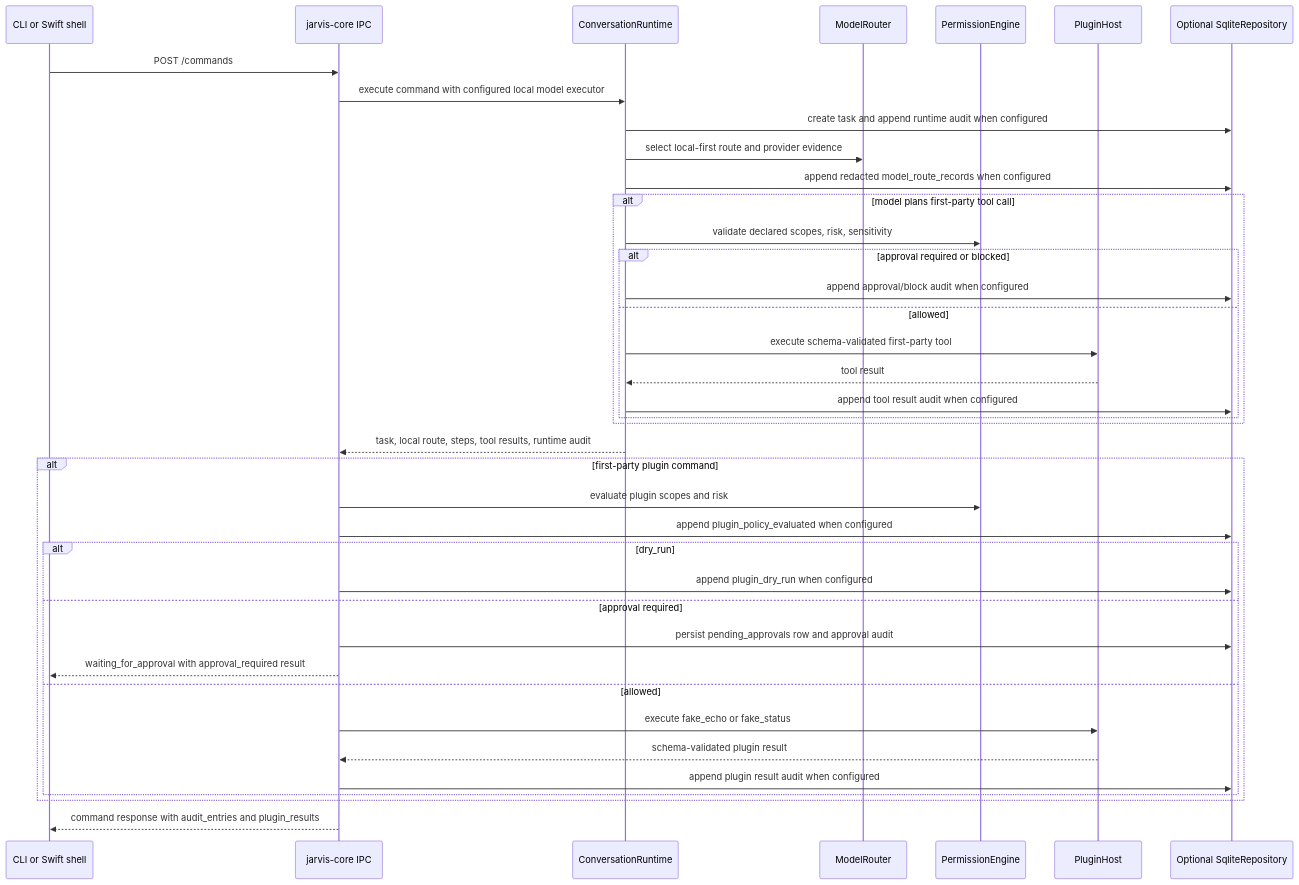
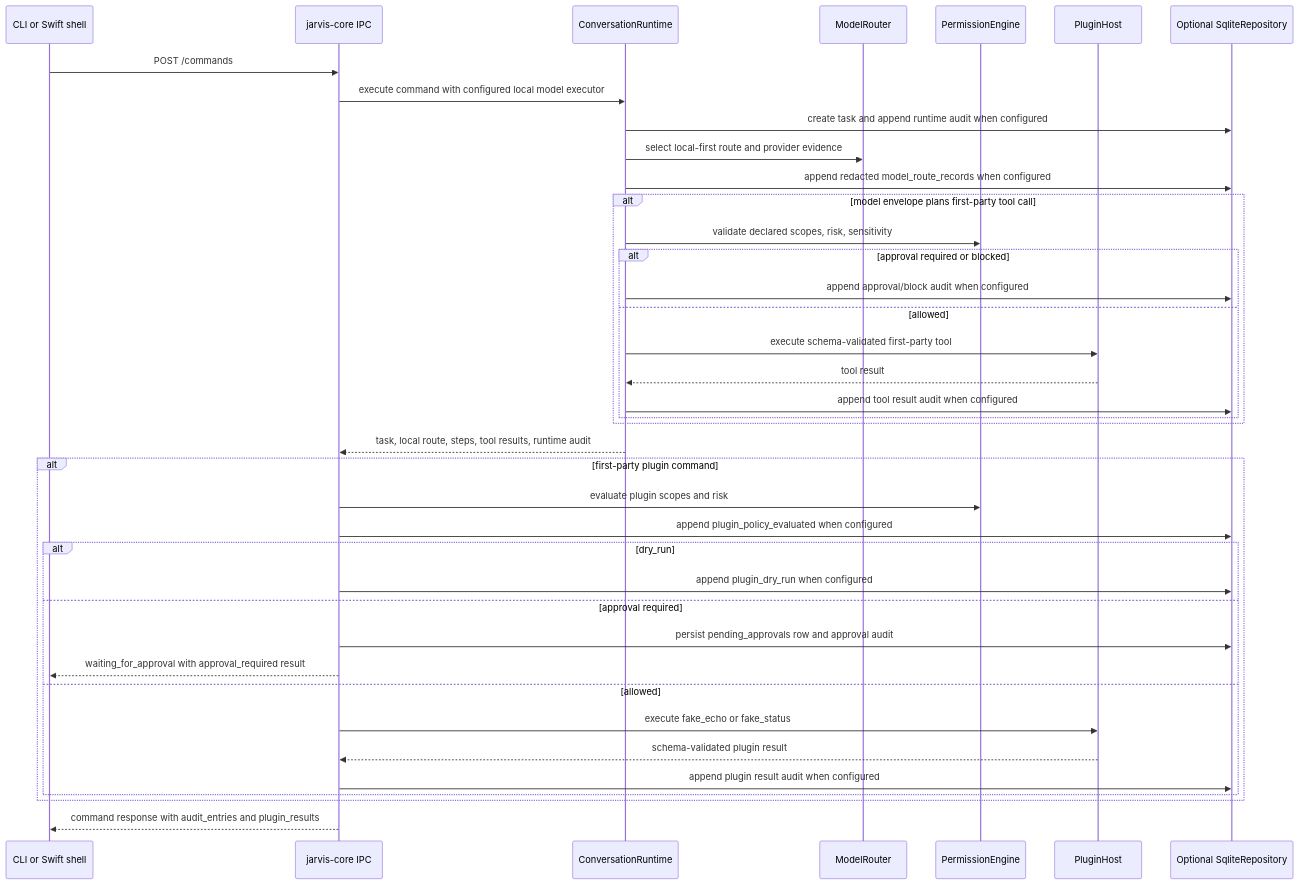
The second of 4 diagrams in docs/architecture-map.md (malak333/Assemblywright), drawn with Mermaid before and after one commit. The commit also changed other lines of this file and 7 other files, not shown here.

````diff
--- a/docs/architecture-map.md
+++ b/docs/architecture-map.md
@@ -253,42 +260,42 @@
 ```mermaid
 sequenceDiagram
     participant Client as CLI or Swift shell
     participant IPC as jarvis-core IPC
     participant Runtime as ConversationRuntime
     participant Router as ModelRouter
     participant Policy as PermissionEngine
     participant Plugins as PluginHost
     participant Store as Optional SqliteRepository
 
     Client->>IPC: POST /commands
     IPC->>Runtime: execute command with configured local model executor
     Runtime->>Store: create task and append runtime audit when configured
     Runtime->>Router: select local-first route and provider evidence
     Runtime->>Store: append redacted model_route_records when configured
-    alt model plans first-party tool call
+    alt model envelope plans first-party tool call
         Runtime->>Policy: validate declared scopes, risk, sensitivity
         alt approval required or blocked
             Runtime->>Store: append approval/block audit when configured
         else allowed
             Runtime->>Plugins: execute schema-validated first-party tool
             Plugins-->>Runtime: tool result
             Runtime->>Store: append tool result audit when configured
         end
     end
     Runtime-->>IPC: task, local route, steps, tool results, runtime audit
     alt first-party plugin command
         IPC->>Policy: evaluate plugin scopes and risk
         IPC->>Store: append plugin_policy_evaluated when configured
         alt dry_run
             IPC->>Store: append plugin_dry_run when configured
         else approval required
             IPC->>Store: persist pending_approvals row and approval audit
             IPC-->>Client: waiting_for_approval with approval_required result
         else allowed
             IPC->>Plugins: execute fake_echo or fake_status
             Plugins-->>IPC: schema-validated plugin result
             IPC->>Store: append plugin result audit when configured
         end
     end
     IPC-->>Client: command response with audit_entries and plugin_results
 ```
````
